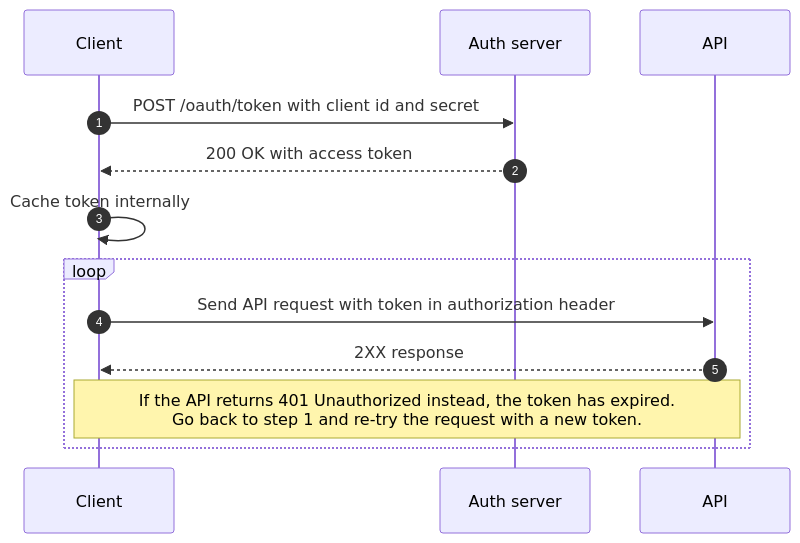
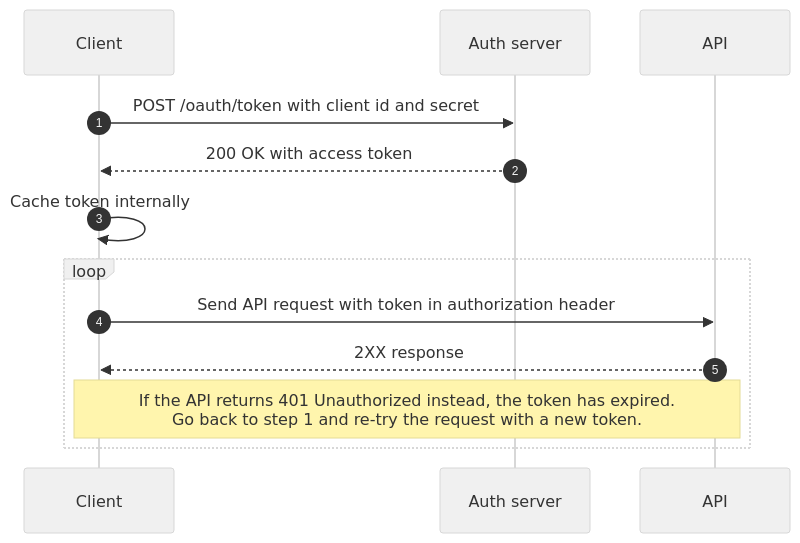
One commit to cultuurnet/apidocs changed the diagram in projects/authentication/docs/client-access-token.md. Above: the diagram before and after it, drawn with Mermaid. The commit also changed 1 other file, not shown here.

Commit message:
Copy theme settings to other diagrams

````diff
--- a/projects/authentication/docs/client-access-token.md
+++ b/projects/authentication/docs/client-access-token.md
@@ -21,12 +21,13 @@
 ```mermaid
+%%{init: {'theme':'base', 'themeVariables': { 'primaryColor': '#f0f0f0', 'fontFamily': 'Helvetica', 'fontSize': '16px' }, 'sequence': { 'actorFontFamily': 'Helvetica', 'noteFontFamily': 'Helvetica', 'messageFontFamily': 'Helvetica' } }}%%
 sequenceDiagram
     autonumber
     Client->>Auth server: POST /oauth/token with client id and secret
     Auth server-->>Client: 200 OK with access token
     Client->>Client: Cache token internally
     loop
         Client->>API: Send API request with token in authorization header
         API-->>Client: 2XX response
         note over API,Client: If the API returns 401 Unauthorized instead, the token has expired.<br />Go back to step 1 and re-try the request with a new token.
     end
 ```
````
